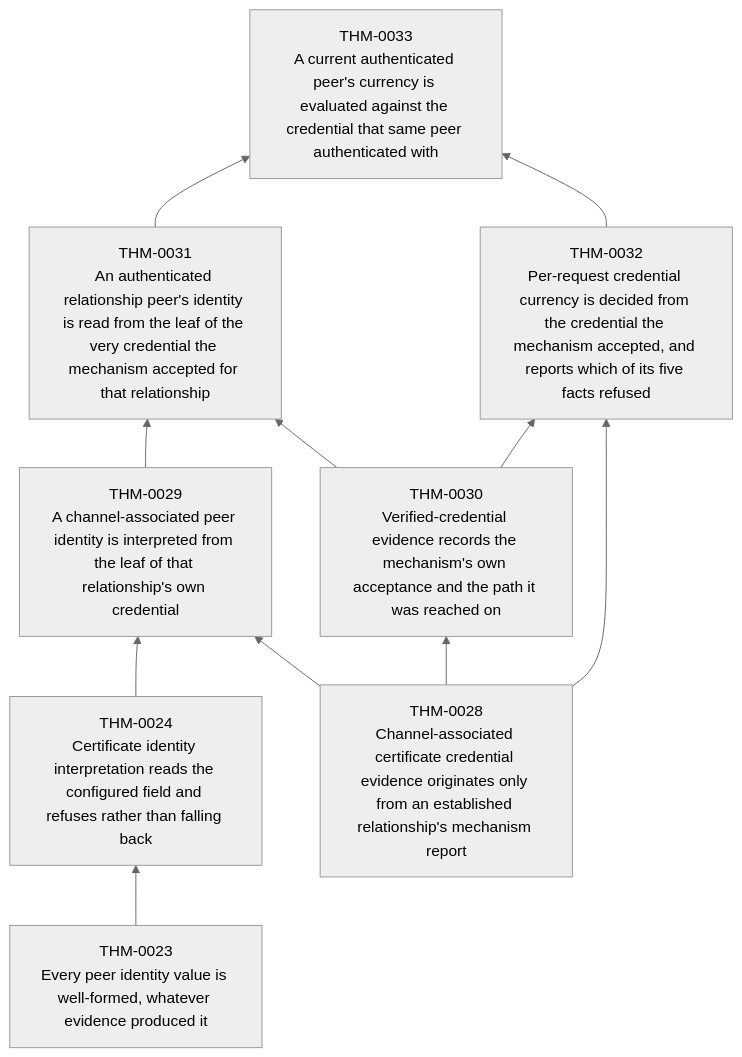
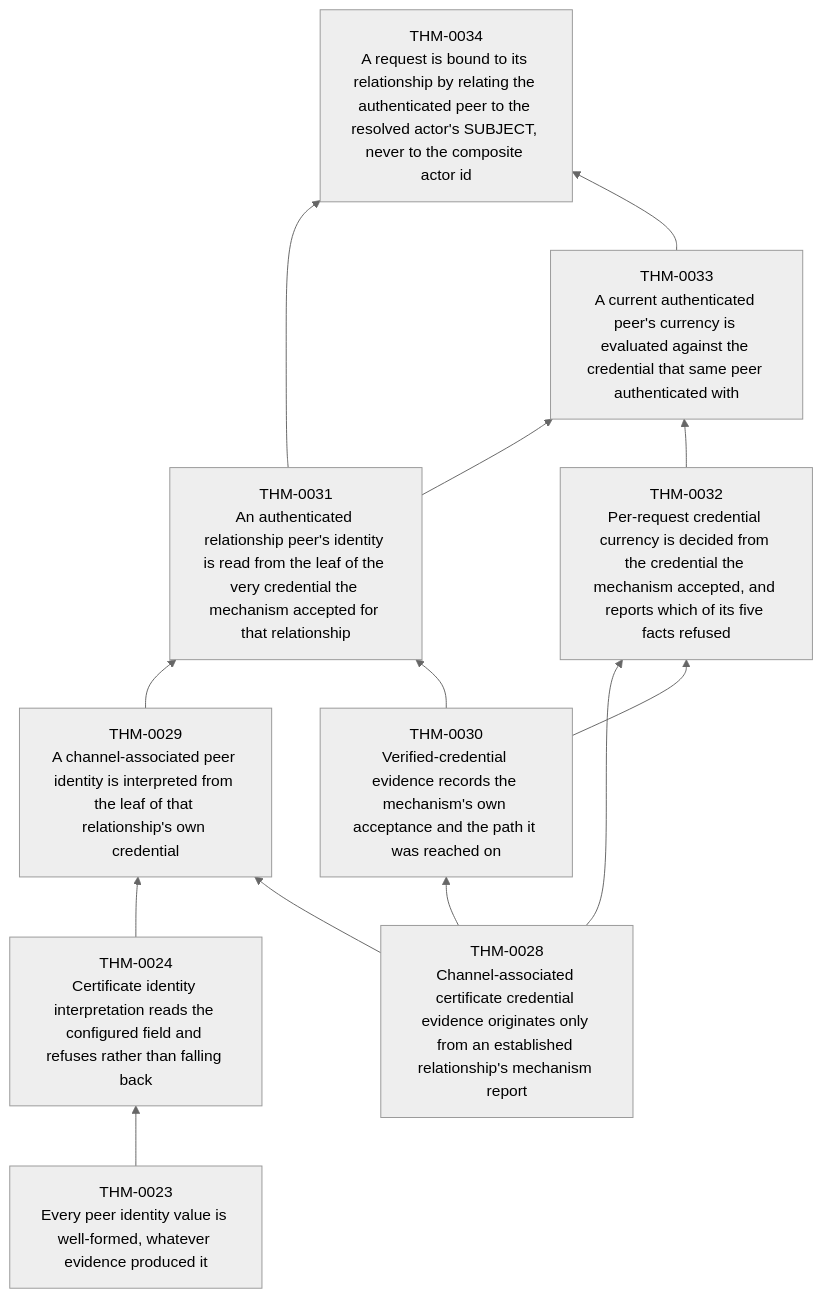
Before and after one commit to matssun/mcp-re: the tenth of 11 diagrams in verification/generated/theorem-dependencies.md, drawn with Mermaid (neutral theme). The commit also changed 49 other files, not shown here.

First line of the commit message:
feat(communication-assurance): request ↔ authenticated peer binding, over the SUBJECT (ADR-MCPRE-064 Slice 4)

````diff
--- a/verification/generated/theorem-dependencies.md
+++ b/verification/generated/theorem-dependencies.md
@@ -106,21 +106,24 @@
 ```mermaid
 graph BT
     THM_0023["THM-0023<br/>Every peer identity value is well-formed, whatever evidence produced it"]
     THM_0024["THM-0024<br/>Certificate identity interpretation reads the configured field and refuses rather than falling back"]
     THM_0028["THM-0028<br/>Channel-associated certificate credential evidence originates only from an established relationship's mechanism report"]
     THM_0029["THM-0029<br/>A channel-associated peer identity is interpreted from the leaf of that relationship's own credential"]
     THM_0030["THM-0030<br/>Verified-credential evidence records the mechanism's own acceptance and the path it was reached on"]
     THM_0031["THM-0031<br/>An authenticated relationship peer's identity is read from the leaf of the very credential the mechanism accepted for that relationship"]
     THM_0032["THM-0032<br/>Per-request credential currency is decided from the credential the mechanism accepted, and reports which of its five facts refused"]
     THM_0033["THM-0033<br/>A current authenticated peer's currency is evaluated against the credential that same peer authenticated with"]
+    THM_0034["THM-0034<br/>A request is bound to its relationship by relating the authenticated peer to the resolved actor's SUBJECT, never to the composite actor id"]
     THM_0023 --> THM_0024
     THM_0024 --> THM_0029
     THM_0028 --> THM_0029
     THM_0028 --> THM_0030
     THM_0029 --> THM_0031
     THM_0030 --> THM_0031
     THM_0028 --> THM_0032
     THM_0030 --> THM_0032
     THM_0031 --> THM_0033
     THM_0032 --> THM_0033
+    THM_0031 --> THM_0034
+    THM_0033 --> THM_0034
 ```
````
